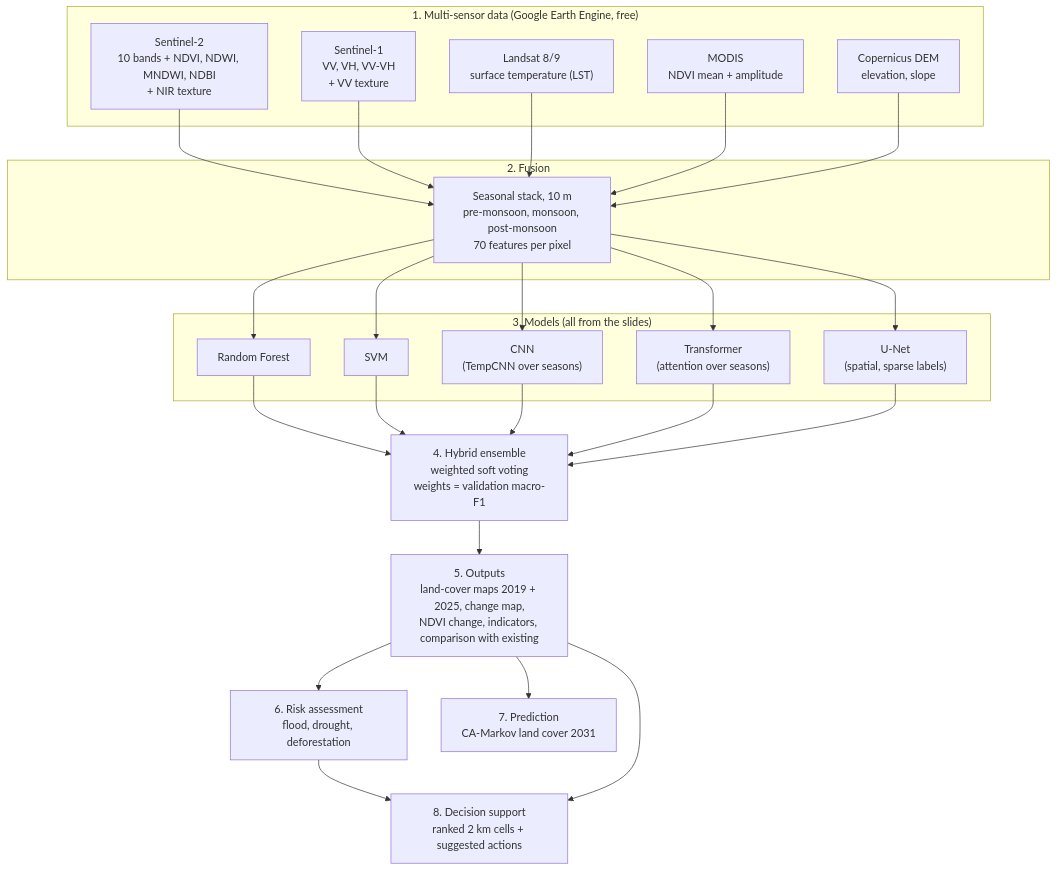
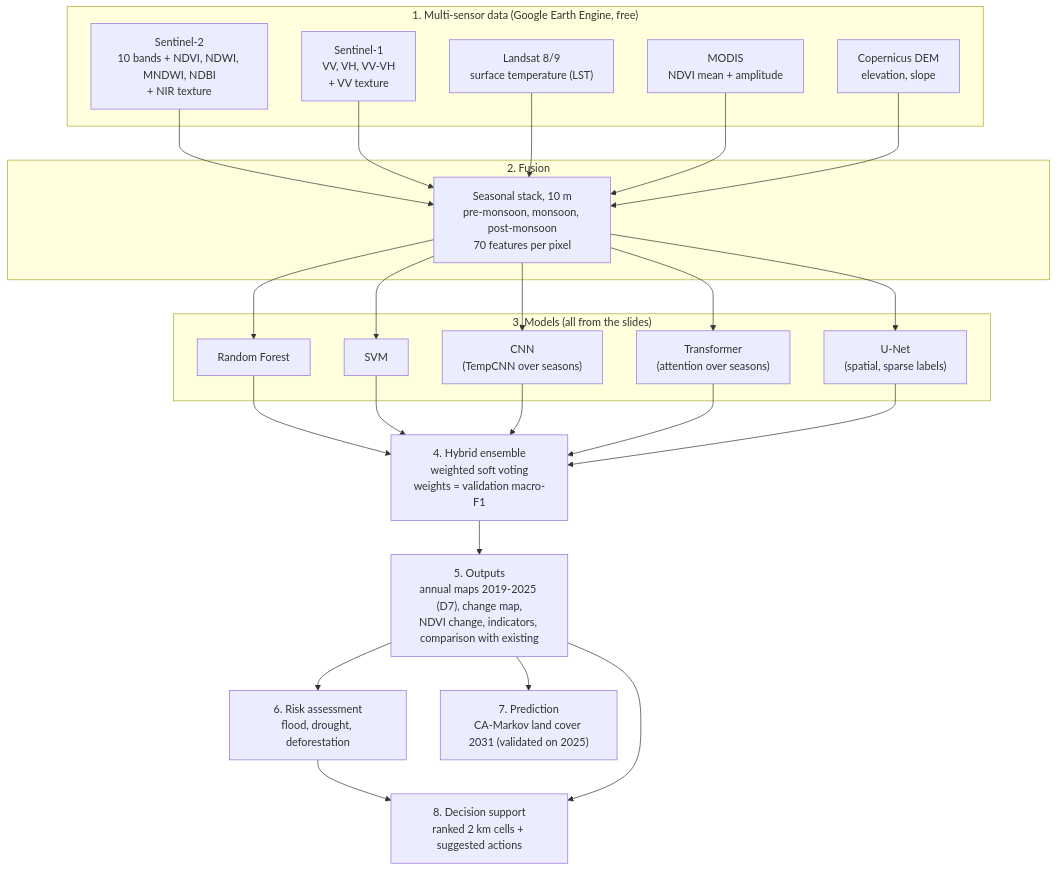
Before and after one commit to veeresh0804/PrithviBodh: the second of 2 diagrams in docs/architecture.md, drawn with Mermaid. The commit also changed other lines of this file and 1 other file, not shown here.

Commit message:
docs: document Addendum D7 annual maps, persistence filter, and benchmark results

````diff
--- a/docs/architecture.md
+++ b/docs/architecture.md
@@ -31,45 +31,45 @@
 ```mermaid
 flowchart TB
   subgraph DATA["1. Multi-sensor data (Google Earth Engine, free)"]
     S2["Sentinel-2<br/>10 bands + NDVI, NDWI, MNDWI, NDBI<br/>+ NIR texture"]
     S1["Sentinel-1<br/>VV, VH, VV-VH<br/>+ VV texture"]
     LS["Landsat 8/9<br/>surface temperature (LST)"]
     MO["MODIS<br/>NDVI mean + amplitude"]
     DEM["Copernicus DEM<br/>elevation, slope"]
   end
   subgraph FUSE["2. Fusion"]
     ST["Seasonal stack, 10 m<br/>pre-monsoon, monsoon, post-monsoon<br/>70 features per pixel"]
   end
   subgraph MODELS["3. Models (all from the slides)"]
     RF["Random Forest"]
     SVM["SVM"]
     CNN["CNN<br/>(TempCNN over seasons)"]
     TR["Transformer<br/>(attention over seasons)"]
     UN["U-Net<br/>(spatial, sparse labels)"]
   end
   ENS["4. Hybrid ensemble<br/>weighted soft voting<br/>weights = validation macro-F1"]
-  OUT["5. Outputs<br/>land-cover maps 2019 + 2025, change map,<br/>NDVI change, indicators, comparison with existing"]
+  OUT["5. Outputs<br/>annual maps 2019-2025 (D7), change map,<br/>NDVI change, indicators, comparison with existing"]
   RISK["6. Risk assessment<br/>flood, drought, deforestation"]
-  PRED["7. Prediction<br/>CA-Markov land cover 2031"]
+  PRED["7. Prediction<br/>CA-Markov land cover 2031 (validated on 2025)"]
   DSS["8. Decision support<br/>ranked 2 km cells + suggested actions"]
   S2 --> ST
   S1 --> ST
   LS --> ST
   MO --> ST
   DEM --> ST
   ST --> RF
   ST --> SVM
   ST --> CNN
   ST --> TR
   ST --> UN
   RF --> ENS
   SVM --> ENS
   CNN --> ENS
   TR --> ENS
   UN --> ENS
   ENS --> OUT
   OUT --> RISK
   OUT --> PRED
   RISK --> DSS
   OUT --> DSS
 ```
````
